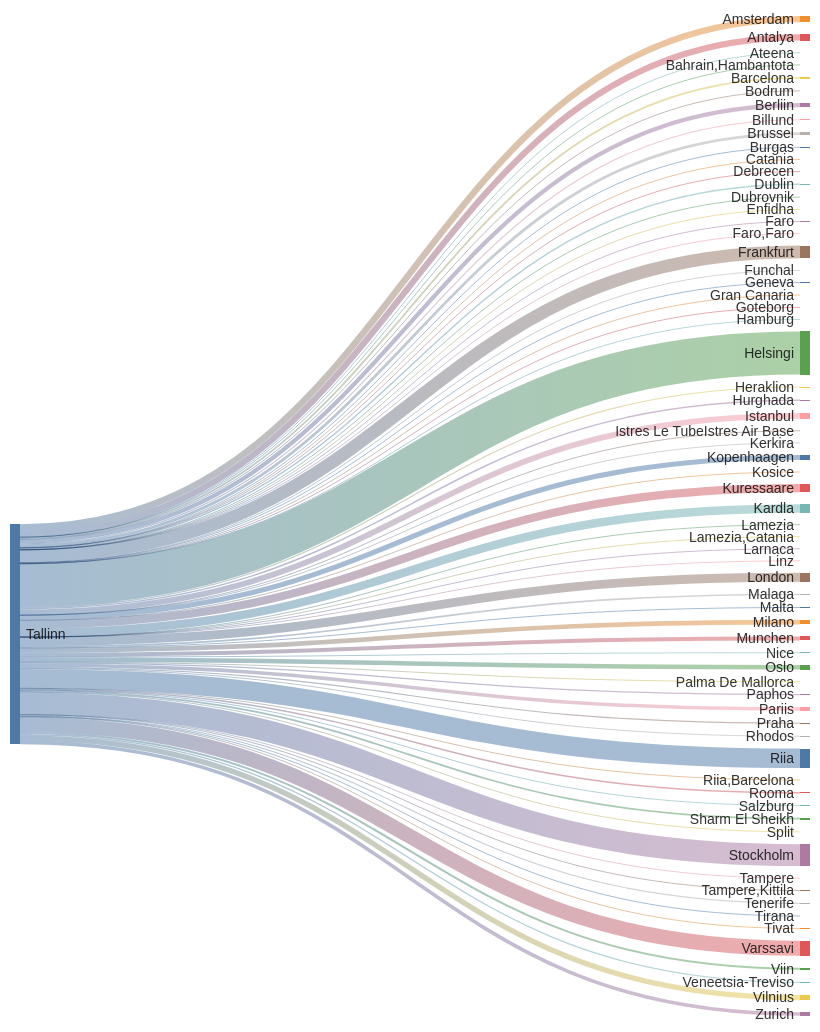
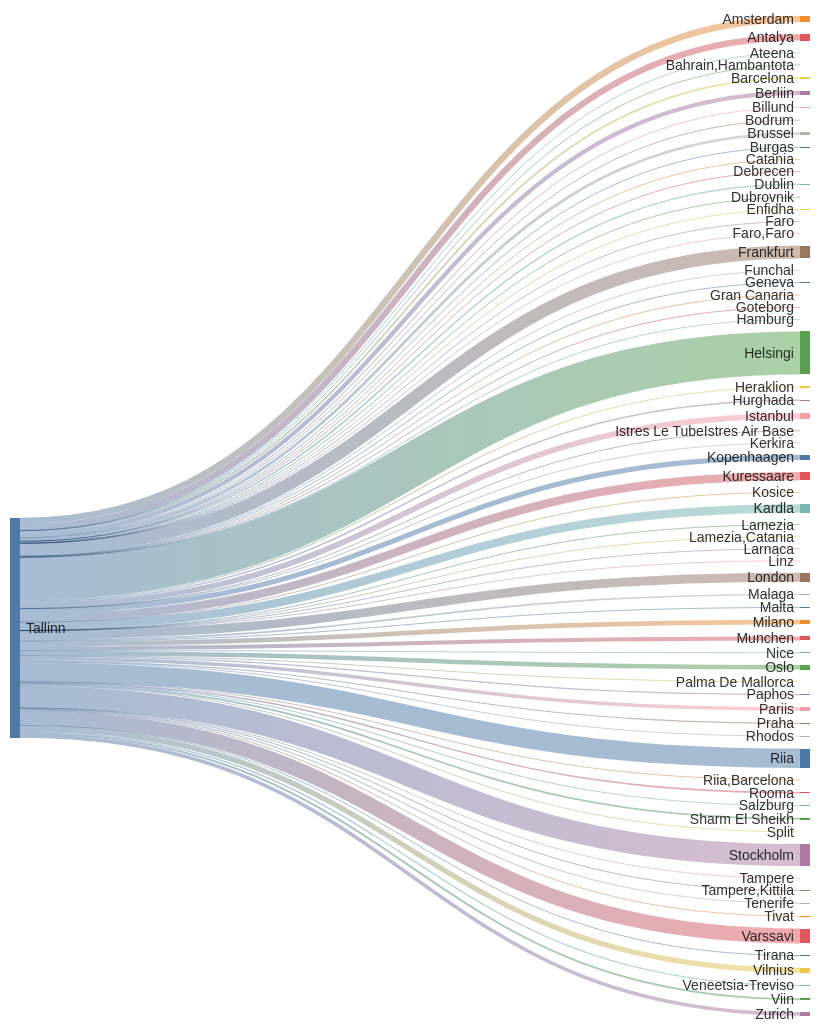
The second of 2 diagrams in README.md (rainermesi/tll-airport-departures), drawn with Mermaid before and after one commit. The commit also changed other lines of this file and 1 other file, not shown here.

````diff
--- a/README.md
+++ b/README.md
@@ -34,79 +34,79 @@
 ```mermaid
 ---
 config:
   sankey:
     showValues: false
     width: 800
     height: 1000
 ---
 sankey-beta
 %% source,target,value
-Tallinn,Amsterdam,341
-Tallinn,Antalya,332
+Tallinn,Amsterdam,343
+Tallinn,Antalya,333
 Tallinn,Ateena,16
 Tallinn,"Bahrain,Hambantota",1
 Tallinn,Barcelona,95
-Tallinn,Berliin,224
+Tallinn,Berliin,226
 Tallinn,Billund,56
 Tallinn,Bodrum,11
-Tallinn,Brussel,146
+Tallinn,Brussel,147
 Tallinn,Burgas,29
 Tallinn,Catania,2
 Tallinn,Debrecen,1
-Tallinn,Dublin,74
+Tallinn,Dublin,75
 Tallinn,Dubrovnik,21
 Tallinn,Enfidha,7
 Tallinn,Faro,4
 Tallinn,"Faro,Faro",1
-Tallinn,Frankfurt,676
+Tallinn,Frankfurt,679
 Tallinn,Funchal,5
 Tallinn,Geneva,13
 Tallinn,Gran Canaria,38
 Tallinn,Goteborg,1
 Tallinn,Hamburg,2
-Tallinn,Helsingi,2277
-Tallinn,Heraklion,59
+Tallinn,Helsingi,2286
+Tallinn,Heraklion,60
 Tallinn,Hurghada,75
-Tallinn,Istanbul,304
+Tallinn,Istanbul,305
 Tallinn,Istres Le TubeIstres Air Base,2
 Tallinn,Kerkira,4
-Tallinn,Kopenhaagen,271
+Tallinn,Kopenhaagen,274
 Tallinn,Kosice,1
-Tallinn,Kuressaare,440
-Tallinn,Kardla,440
+Tallinn,Kuressaare,441
+Tallinn,Kardla,441
 Tallinn,Lamezia,1
 Tallinn,"Lamezia,Catania",3
 Tallinn,Larnaca,4
 Tallinn,Linz,2
-Tallinn,London,466
+Tallinn,London,468
 Tallinn,Malaga,89
 Tallinn,Malta,19
-Tallinn,Milano,251
-Tallinn,Munchen,212
-Tallinn,Nice,31
-Tallinn,Oslo,238
+Tallinn,Milano,252
+Tallinn,Munchen,213
+Tallinn,Nice,32
+Tallinn,Oslo,240
 Tallinn,Palma De Mallorca,23
 Tallinn,Paphos,66
-Tallinn,Pariis,186
-Tallinn,Praha,59
+Tallinn,Pariis,187
+Tallinn,Praha,60
 Tallinn,Rhodos,39
-Tallinn,Riia,1026
+Tallinn,Riia,1030
 Tallinn,"Riia,Barcelona",1
 Tallinn,Rooma,80
 Tallinn,Salzburg,14
 Tallinn,Sharm El Sheikh,94
-Tallinn,Split,32
-Tallinn,Stockholm,1161
+Tallinn,Split,33
+Tallinn,Stockholm,1167
 Tallinn,Tampere,17
 Tallinn,"Tampere,Kittila",21
 Tallinn,Tenerife,58
 Tallinn,Tirana,12
-Tallinn,Tivat,35
-Tallinn,Varssavi,788
+Tallinn,Tivat,36
+Tallinn,Varssavi,792
 Tallinn,Veneetsia-Treviso,67
 Tallinn,Viin,106
-Tallinn,Vilnius,281
-Tallinn,Zurich,192
+Tallinn,Vilnius,282
+Tallinn,Zurich,193
 
 
 ```
````
